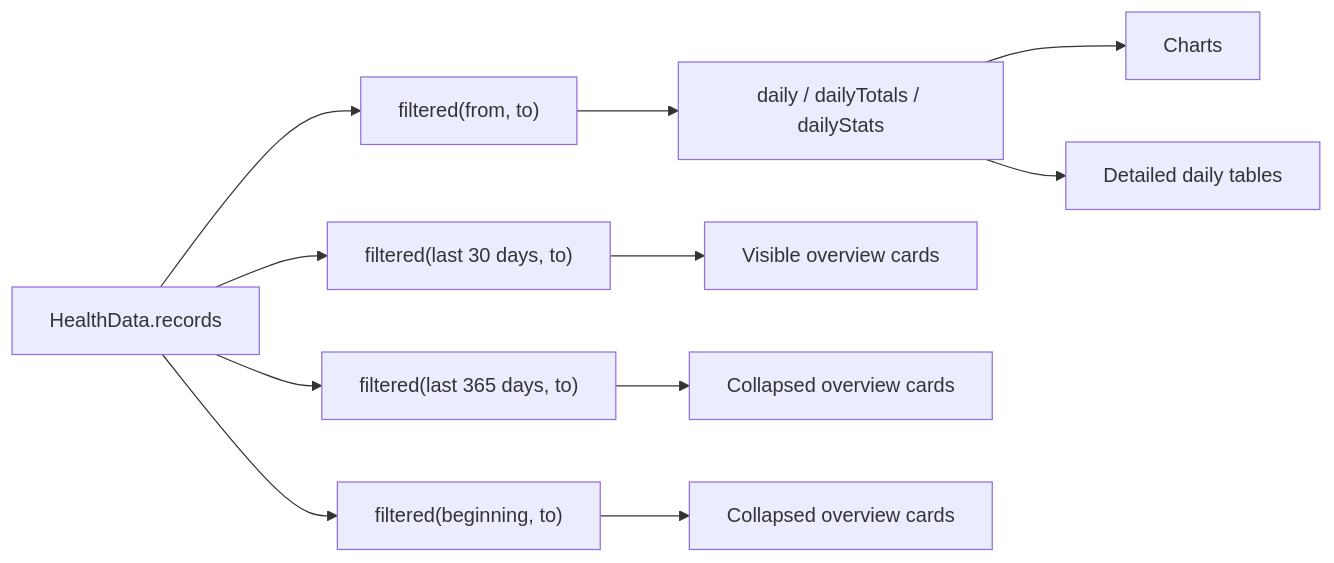
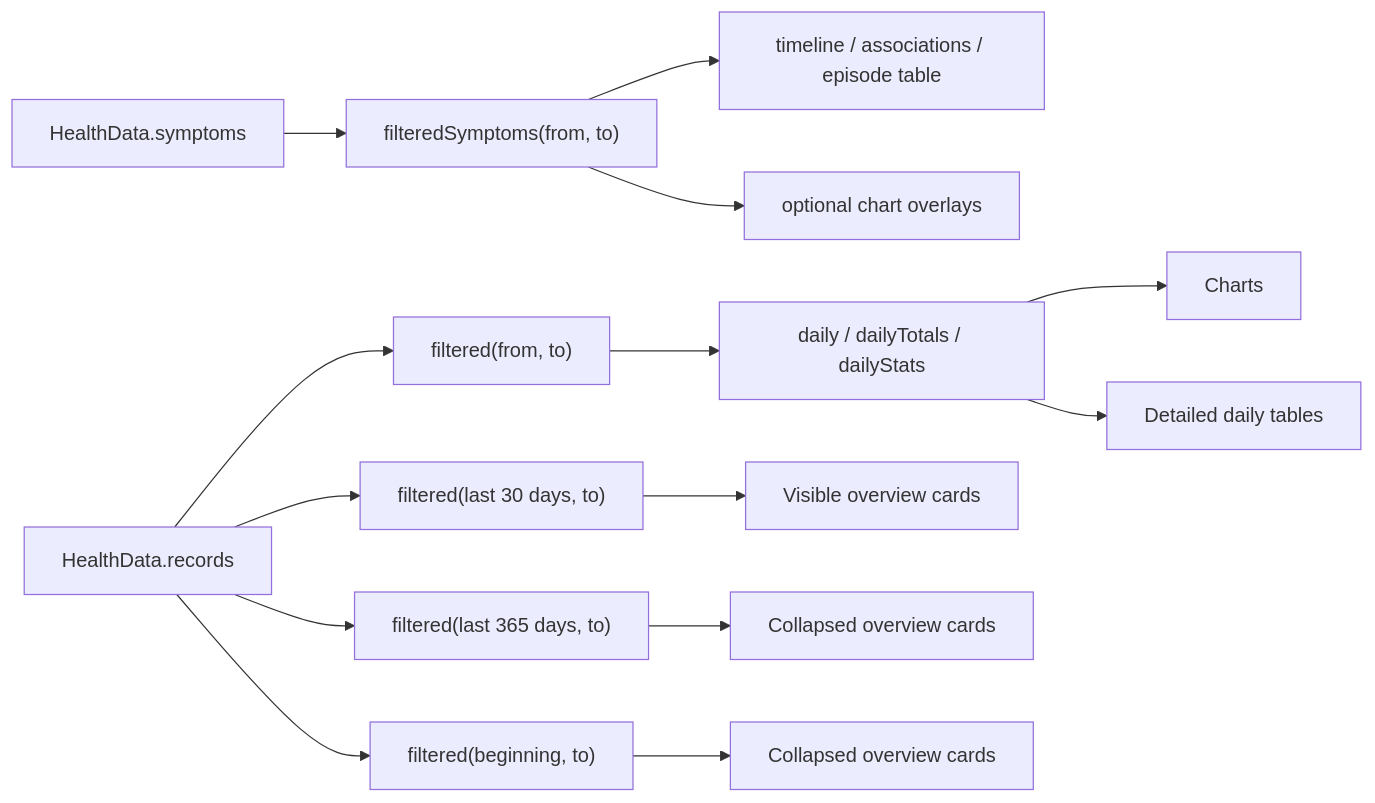
Before and after one commit to kiforsbe/ahdreport: the fourth of 5 diagrams in docs/ARCHITECTURE.md, drawn with Mermaid. The commit also changed other lines of this file and 23 other files, not shown here.

First line of the commit message:
Add read-only Apple Health symptom tracking

````diff
--- a/docs/ARCHITECTURE.md
+++ b/docs/ARCHITECTURE.md
@@ -262,14 +266,17 @@
 ```mermaid
 flowchart LR
     Imported["HealthData.records"] --> Selected["filtered(from, to)"]
+    ImportedSymptoms["HealthData.symptoms"] --> SelectedSymptoms["filteredSymptoms(from, to)"]
     Imported --> Last30["filtered(last 30 days, to)"]
     Imported --> Last365["filtered(last 365 days, to)"]
     Imported --> AllTime["filtered(beginning, to)"]
 
     Selected --> Daily["daily / dailyTotals / dailyStats"]
+    SelectedSymptoms --> SymptomViews["timeline / associations / episode table"]
+    SelectedSymptoms --> ChartOverlays["optional chart overlays"]
     Daily --> Charts
     Daily --> DetailTables["Detailed daily tables"]
     Last30 --> Cards30["Visible overview cards"]
     Last365 --> Cards365["Collapsed overview cards"]
     AllTime --> CardsAll["Collapsed overview cards"]
 ```
````
